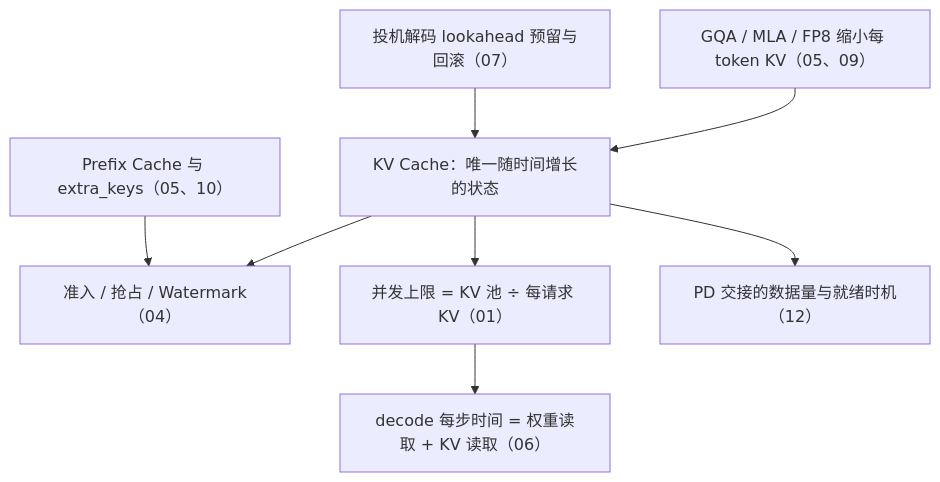
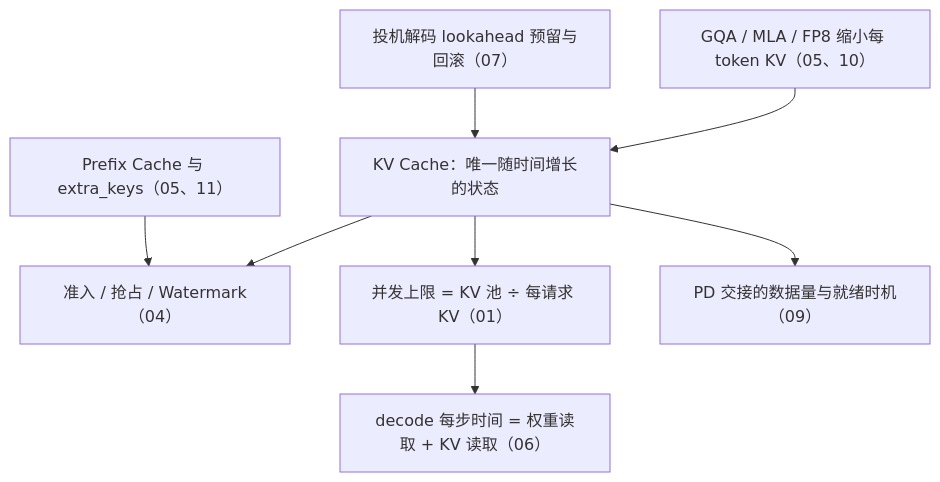
One commit to arganzheng/arganzheng.github.com changed the third of 4 diagrams in slides/2026-08-25-deep-dive-into-vllm.md. Above: the diagram before and after it, drawn with Mermaid. The commit also changed other lines of this file and 13 other files, not shown here.

````diff
--- a/slides/2026-08-25-deep-dive-into-vllm.md
+++ b/slides/2026-08-25-deep-dive-into-vllm.md
@@ -138,12 +148,12 @@
 ```mermaid
 %%{init: {"flowchart": {"wrappingWidth": 210}}}%%
 flowchart TB
     KV["KV Cache：唯一随时间增长的状态"]
     KV --> ADM["准入 / 抢占 / Watermark（04）"]
     KV --> CAP["并发上限 = KV 池 ÷ 每请求 KV（01）"]
-    KV --> XFER["PD 交接的数据量与就绪时机（12）"]
+    KV --> XFER["PD 交接的数据量与就绪时机（09）"]
     CAP --> STEP["decode 每步时间 = 权重读取 + KV 读取（06）"]
-    SHRINK["GQA / MLA / FP8 缩小每 token KV（05、09）"] --> KV
+    SHRINK["GQA / MLA / FP8 缩小每 token KV（05、10）"] --> KV
     SPEC["投机解码 lookahead 预留与回滚（07）"] --> KV
-    PREFIX["Prefix Cache 与 extra_keys（05、10）"] --> ADM
+    PREFIX["Prefix Cache 与 extra_keys（05、11）"] --> ADM
 ```
````
